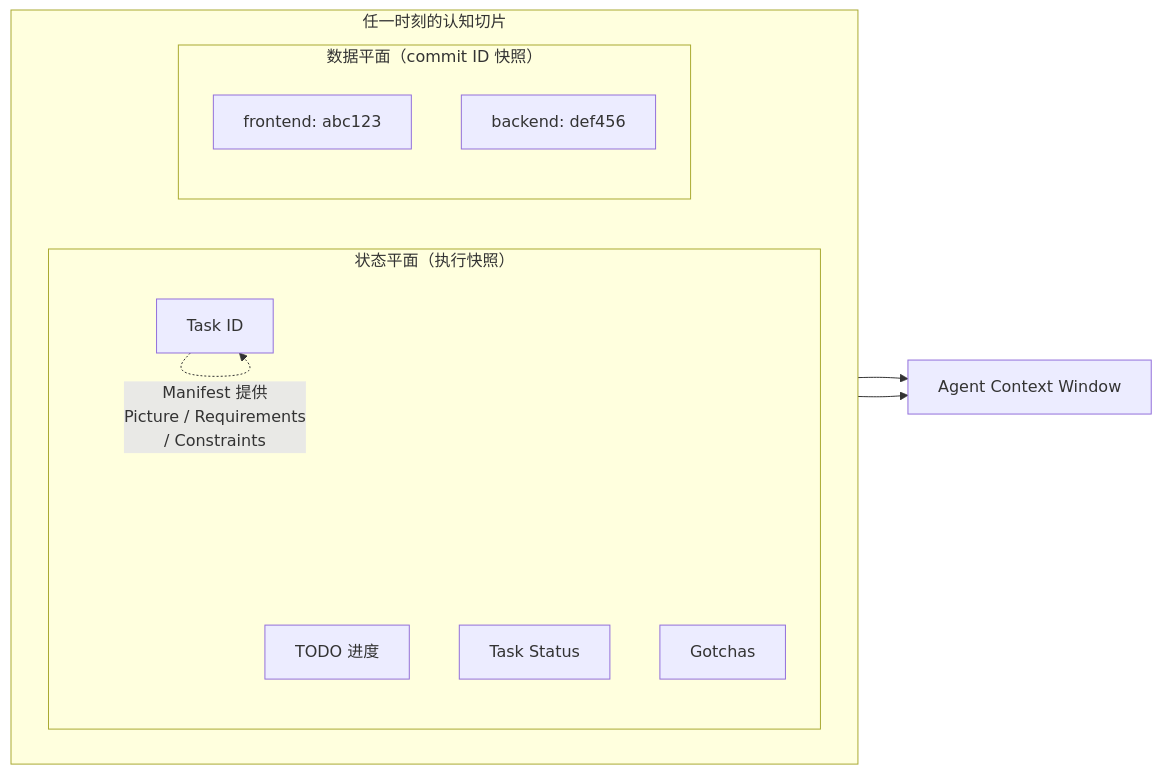
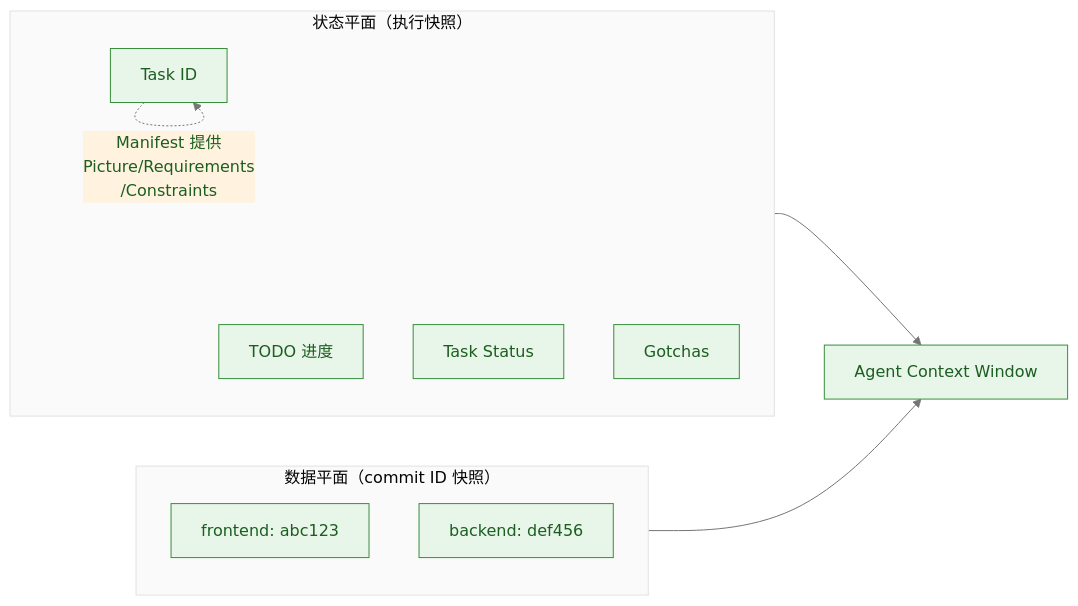
One commit to Lazyn0tBug/mem0ress changed the third of 4 diagrams in docs/spec.md. Above: the diagram before and after it, drawn with Mermaid. The commit also changed other lines of this file, not shown here.

````diff
--- a/docs/spec.md
+++ b/docs/spec.md
@@ -212,21 +214,20 @@
 ```mermaid
 %% label：认知切片分离
+%%{ init: { 'theme': 'base', 'themeVariables': { 'primaryColor': '#e8f5e9', 'primaryTextColor': '#1b5e20', 'primaryBorderColor': '#388e3c', 'lineColor': '#757575', 'secondaryColor': '#fff3e0', 'tertiaryColor': '#fafafa' } } }%%
 graph LR
-    subgraph 任一时刻的认知切片
-        direction LR
-        subgraph StatusSlice["状态平面（执行快照）"]
-            TaskID[Task ID]
-            TodoProg[TODO 进度]
-            TaskStatus[Task Status]
-            Gotchas[Gotchas]
-        end
-        subgraph DataSlice["数据平面（commit ID 快照）"]
-            RepoA[frontend: abc123]
-            RepoB[backend: def456]
-        end
+    subgraph SP_Group["状态平面（执行快照）"]
+        TID["Task ID"]
+        TODO["TODO 进度"]
+        STS["Task Status"]
+        GTA["Gotchas"]
     end
-    AgentContext["Agent Context Window"]
 
-    StatusSlice & DataSlice --> AgentContext
-    TaskID -. "Manifest 提供<br>Picture / Requirements<br>/ Constraints" .-> TaskID
+    subgraph DP_Group["数据平面（commit ID 快照）"]
+        REPOA["frontend: abc123"]
+        REPOB["backend: def456"]
+    end
+
+    SP_Group --> AC["Agent Context Window"]
+    DP_Group --> AC
+    TID -.->|Manifest 提供<br>Picture/Requirements<br>/Constraints| TID
 ```
````
